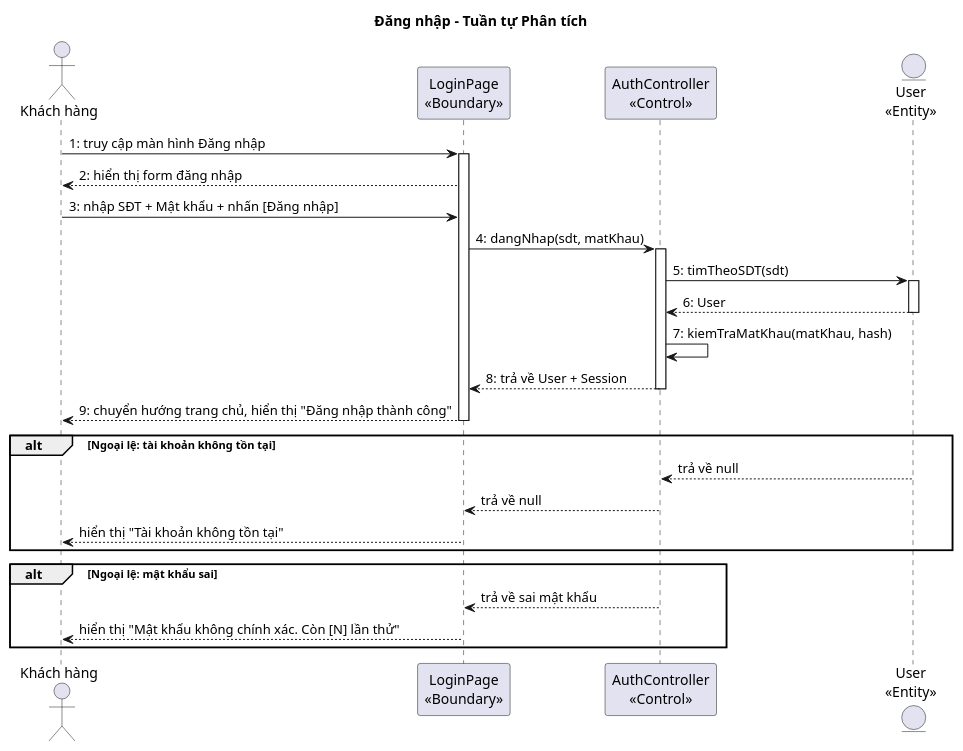
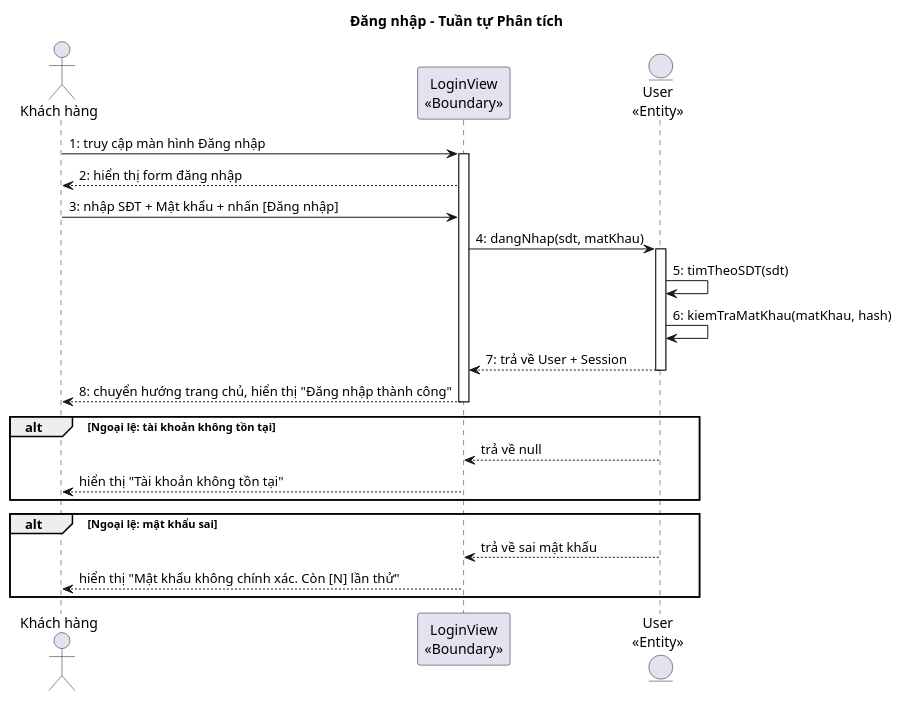
One commit to thanhtrnnn/cnpm changed the first of 5 diagrams in docs/tabs/section-account-ii.md. Above: the diagram before and after it, drawn with PlantUML. The commit also changed other lines of this file and 7 other files, not shown here.

First line of the commit message:
fix: analysis phase — View suffix, no Controller, methods on Entity

````diff
--- a/docs/tabs/section-account-ii.md
+++ b/docs/tabs/section-account-ii.md
@@ -188,37 +218,32 @@
 ```plantuml
 @startuml
 title Đăng nhập – Tuần tự Phân tích
 
 actor "Khách hàng" as KH
-participant "LoginPage\n<<Boundary>>" as B1
-participant "AuthController\n<<Control>>" as C1
+participant "LoginView\n<<Boundary>>" as B1
 entity "User\n<<Entity>>" as E1
 
 KH -> B1 : 1: truy cập màn hình Đăng nhập
 activate B1
 B1 --> KH : 2: hiển thị form đăng nhập
 KH -> B1 : 3: nhập SĐT + Mật khẩu + nhấn [Đăng nhập]
-B1 -> C1 : 4: dangNhap(sdt, matKhau)
-activate C1
-C1 -> E1 : 5: timTheoSDT(sdt)
+B1 -> E1 : 4: dangNhap(sdt, matKhau)
 activate E1
-E1 --> C1 : 6: User
+E1 -> E1 : 5: timTheoSDT(sdt)
+E1 -> E1 : 6: kiemTraMatKhau(matKhau, hash)
+E1 --> B1 : 7: trả về User + Session
 deactivate E1
-C1 -> C1 : 7: kiemTraMatKhau(matKhau, hash)
-C1 --> B1 : 8: trả về User + Session
-deactivate C1
-B1 --> KH : 9: chuyển hướng trang chủ, hiển thị "Đăng nhập thành công"
+B1 --> KH : 8: chuyển hướng trang chủ, hiển thị "Đăng nhập thành công"
 deactivate B1
 
 alt Ngoại lệ: tài khoản không tồn tại
-  E1 --> C1 : trả về null
-  C1 --> B1 : trả về null
+  E1 --> B1 : trả về null
   B1 --> KH : hiển thị "Tài khoản không tồn tại"
 end
 
 alt Ngoại lệ: mật khẩu sai
-  C1 --> B1 : trả về sai mật khẩu
+  E1 --> B1 : trả về sai mật khẩu
   B1 --> KH : hiển thị "Mật khẩu không chính xác. Còn [N] lần thử"
 end
 @enduml
 ```
````
